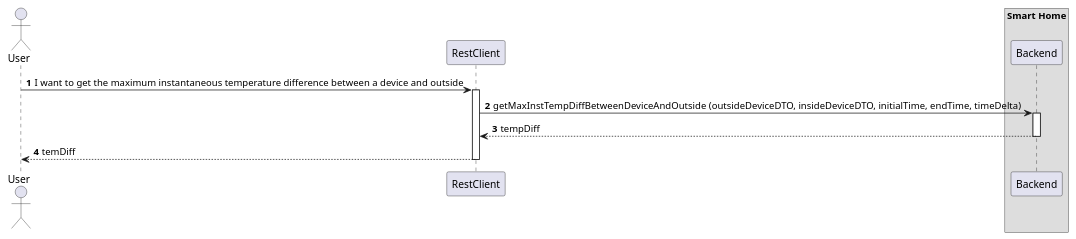
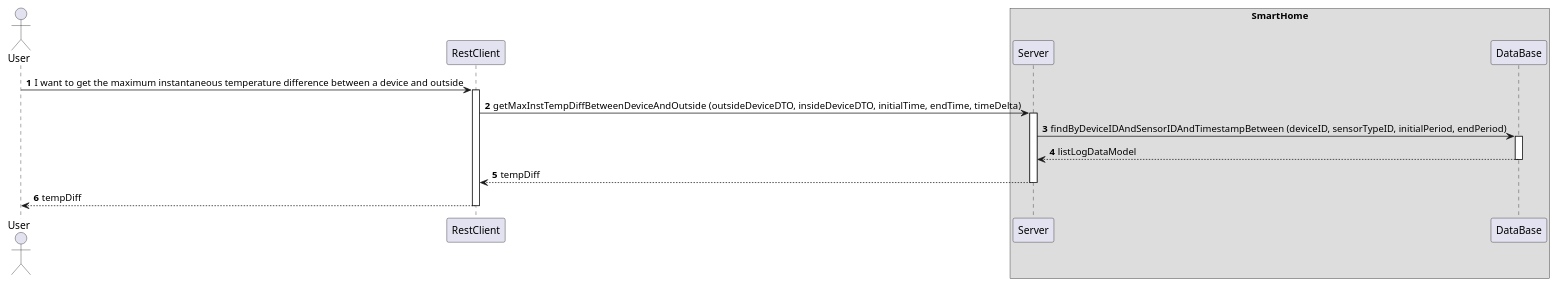
One commit to olivDiogo/SmartHome changed the diagram in docs/ooa/C4_4plus1_models/Level2/ProcessView/ProcessViewLevel2_UC13.puml. Above: the diagram before and after it, drawn with PlantUML. The commit also changed 119 other files, not shown here.

Commit message:
docs: added Process View diagrams for UC16 (US37) - #490

```diff
--- a/docs/ooa/C4_4plus1_models/Level2/ProcessView/ProcessViewLevel2_UC13.puml
+++ b/docs/ooa/C4_4plus1_models/Level2/ProcessView/ProcessViewLevel2_UC13.puml
@@ -1,26 +1,34 @@
 @startuml
 'https://plantuml.com/sequence-diagram
-
 !pragma layout smetana
 
 autonumber
 
 actor "User" as User
 participant "RestClient" as RC
-box "Smart Home"
-    participant "Backend" as BE
+
+box "SmartHome"
+    participant "Server" as SV
+    participant "DataBase" as BD
 end box
 
 User -> RC : I want to get the maximum instantaneous temperature difference between a device and outside
 activate RC
 
-RC -> BE : getMaxInstTempDiffBetweenDeviceAndOutside (outsideDeviceDTO, insideDeviceDTO, initialTime, endTime, timeDelta)
-activate BE
+RC -> SV : getMaxInstTempDiffBetweenDeviceAndOutside (outsideDeviceDTO, insideDeviceDTO, initialTime, endTime, timeDelta)
+activate SV
 
-BE --> RC : tempDiff
-deactivate BE
+SV -> BD : findByDeviceIDAndSensorIDAndTimestampBetween (deviceID, sensorTypeID, initialPeriod, endPeriod)
+activate BD
 
-RC --> User : temDiff
+BD --> SV : listLogDataModel
+deactivate BD
+
+SV --> RC : tempDiff
+deactivate SV
+
+RC --> User : tempDiff
 deactivate RC
 
+
 @enduml
```
